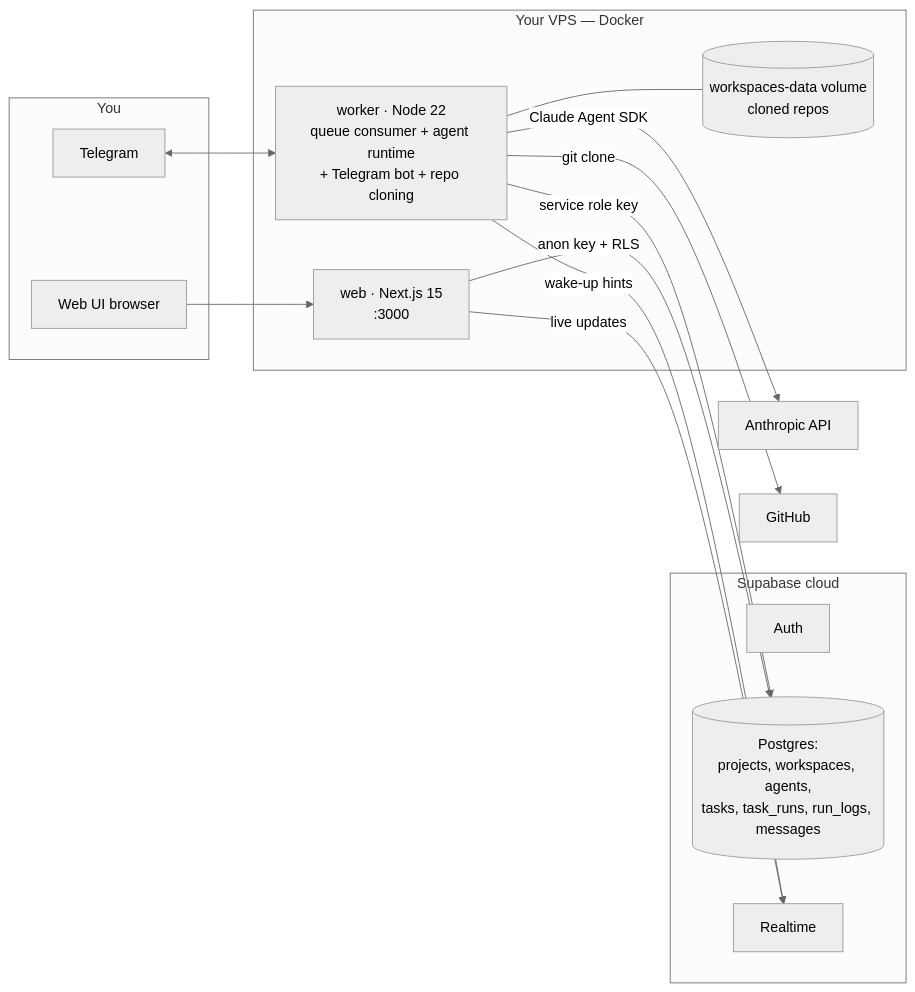
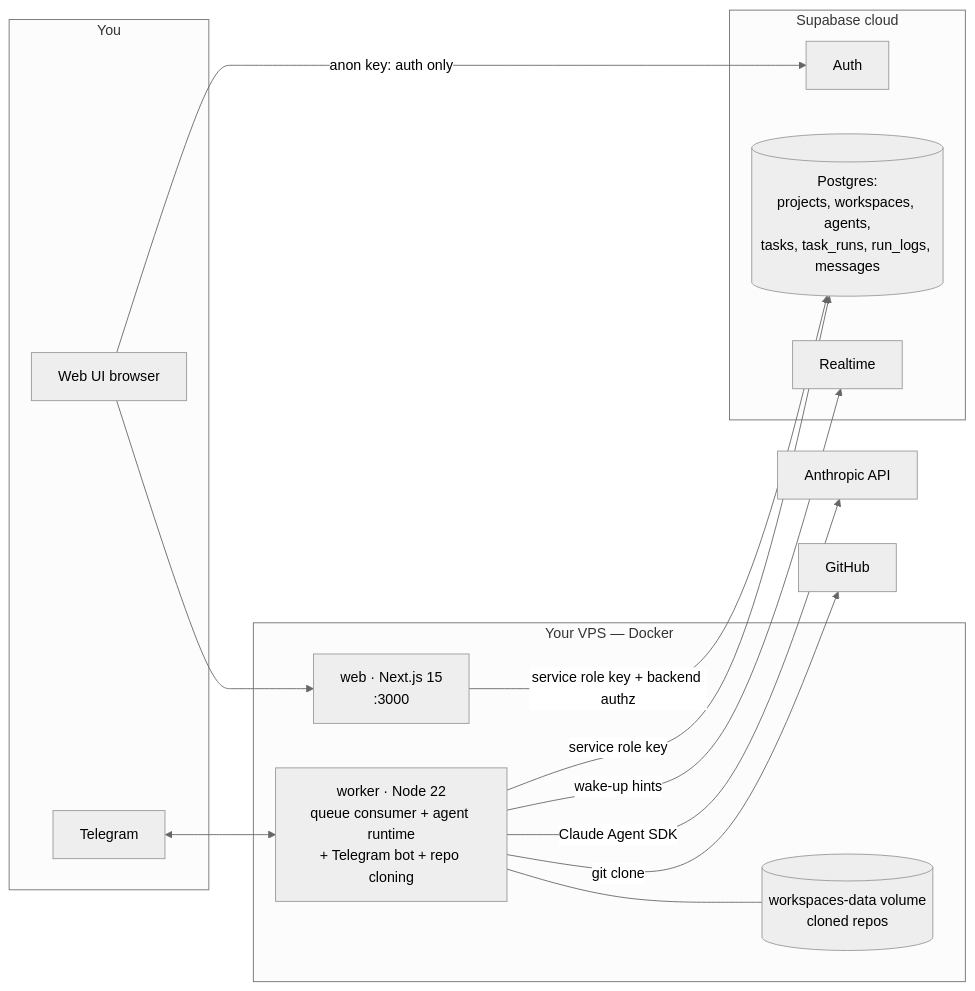
One commit to luizflaviolopes/agents changed the diagram in README.md. Above: the diagram before and after it, drawn with Mermaid (neutral theme). The commit also changed other lines of this file and 47 other files, not shown here.

First line of the commit message:
Move data access behind backend API routes, drop RLS reliance

````diff
--- a/README.md
+++ b/README.md
@@ -17,32 +17,32 @@
 ```mermaid
 flowchart LR
     subgraph clients [You]
         Browser[Web UI browser]
         TG[Telegram]
     end
 
     subgraph supabase [Supabase cloud]
         Auth[Auth]
         PG[(Postgres:<br/>projects, workspaces, agents,<br/>tasks, task_runs, run_logs, messages)]
         RT[Realtime]
     end
 
     subgraph vps [Your VPS — Docker]
         Web[web · Next.js 15<br/>:3000]
         Worker[worker · Node 22<br/>queue consumer + agent runtime<br/>+ Telegram bot + repo cloning]
         Vol[(workspaces-data volume<br/>cloned repos)]
     end
 
     Anthropic[Anthropic API]
     GitHub[GitHub]
 
     Browser --> Web
+    Browser -- anon key: auth only --> Auth
     TG <--> Worker
-    Web -- anon key + RLS --> PG
-    Web -- live updates --> RT
+    Web -- service role key + backend authz --> PG
     Worker -- service role key --> PG
     Worker -- wake-up hints --> RT
     Worker -- Claude Agent SDK --> Anthropic
     Worker -- git clone --> GitHub
     Worker --- Vol
 ```
````
